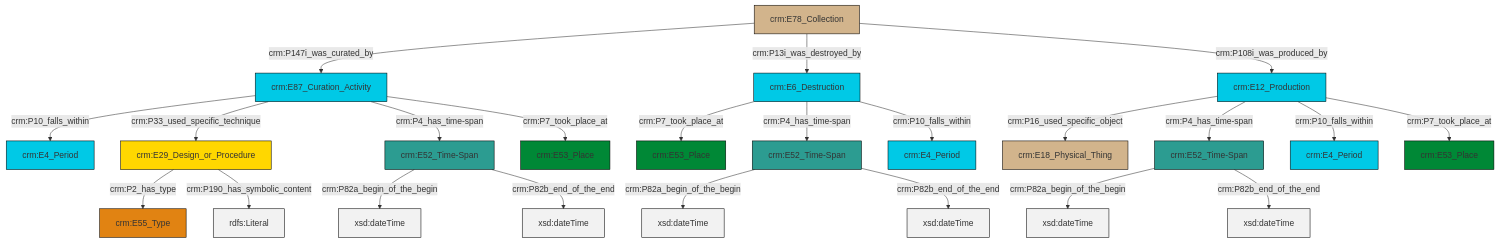
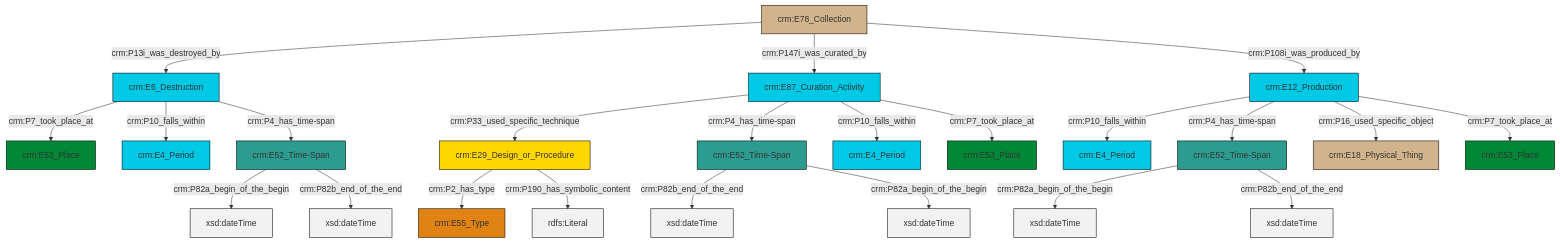
The diagram in et/archivalCSV/ttl/mmd/archival_existence.ttl.mmd (swiss-art-research-net/docs.swissartresearch), drawn with Mermaid before and after one commit. The commit also changed 178 other files, not shown here.

```diff
--- a/et/archivalCSV/ttl/mmd/archival_existence.ttl.mmd
+++ b/et/archivalCSV/ttl/mmd/archival_existence.ttl.mmd
@@ -1,37 +1,37 @@
 graph TD
 classDef Literal fill:#f2f2f2,stroke:#000000;
 classDef CRM_Entity fill:#FFFFFF,stroke:#000000;
 classDef Temporal_Entity fill:#00C9E6, stroke:#000000;
 classDef Type fill:#E18312, stroke:#000000;
 classDef Time-Span fill:#2C9C91, stroke:#000000;
 classDef Appellation fill:#FFEB7F, stroke:#000000;
 classDef Place fill:#008836, stroke:#000000;
 classDef Persistent_Item fill:#B266B2, stroke:#000000;
 classDef Conceptual_Object fill:#FFD700, stroke:#000000;
 classDef Physical_Thing fill:#D2B48C, stroke:#000000;
 classDef Actor fill:#f58aad, stroke:#000000;
 classDef PC_Classes fill:#4ce600, stroke:#000000;
 classDef Multi fill:#cccccc,stroke:#000000;
 
-2["crm:E6_Destruction"]:::Temporal_Entity -->|crm:P7_took_place_at| 3["crm:E53_Place"]:::Place
-8["crm:E87_Curation_Activity"]:::Temporal_Entity -->|crm:P10_falls_within| 9["crm:E4_Period"]:::Temporal_Entity
-6["crm:E52_Time-Span"]:::Time-Span -->|crm:P82a_begin_of_the_begin| 10[xsd:dateTime]:::Literal
-11["crm:E78_Collection"]:::Physical_Thing -->|crm:P147i_was_curated_by| 8["crm:E87_Curation_Activity"]:::Temporal_Entity
-12["crm:E12_Production"]:::Temporal_Entity -->|crm:P16_used_specific_object| 13["crm:E18_Physical_Thing"]:::Physical_Thing
-8["crm:E87_Curation_Activity"]:::Temporal_Entity -->|crm:P33_used_specific_technique| 16["crm:E29_Design_or_Procedure"]:::Conceptual_Object
-12["crm:E12_Production"]:::Temporal_Entity -->|crm:P4_has_time-span| 17["crm:E52_Time-Span"]:::Time-Span
-8["crm:E87_Curation_Activity"]:::Temporal_Entity -->|crm:P4_has_time-span| 6["crm:E52_Time-Span"]:::Time-Span
-21["crm:E52_Time-Span"]:::Time-Span -->|crm:P82a_begin_of_the_begin| 22[xsd:dateTime]:::Literal
-16["crm:E29_Design_or_Procedure"]:::Conceptual_Object -->|crm:P2_has_type| 26["crm:E55_Type"]:::Type
-21["crm:E52_Time-Span"]:::Time-Span -->|crm:P82b_end_of_the_end| 27[xsd:dateTime]:::Literal
-17["crm:E52_Time-Span"]:::Time-Span -->|crm:P82a_begin_of_the_begin| 30[xsd:dateTime]:::Literal
-6["crm:E52_Time-Span"]:::Time-Span -->|crm:P82b_end_of_the_end| 32[xsd:dateTime]:::Literal
-17["crm:E52_Time-Span"]:::Time-Span -->|crm:P82b_end_of_the_end| 33[xsd:dateTime]:::Literal
-8["crm:E87_Curation_Activity"]:::Temporal_Entity -->|crm:P7_took_place_at| 0["crm:E53_Place"]:::Place
-12["crm:E12_Production"]:::Temporal_Entity -->|crm:P10_falls_within| 4["crm:E4_Period"]:::Temporal_Entity
-12["crm:E12_Production"]:::Temporal_Entity -->|crm:P7_took_place_at| 19["crm:E53_Place"]:::Place
-2["crm:E6_Destruction"]:::Temporal_Entity -->|crm:P4_has_time-span| 21["crm:E52_Time-Span"]:::Time-Span
-11["crm:E78_Collection"]:::Physical_Thing -->|crm:P13i_was_destroyed_by| 2["crm:E6_Destruction"]:::Temporal_Entity
-2["crm:E6_Destruction"]:::Temporal_Entity -->|crm:P10_falls_within| 36["crm:E4_Period"]:::Temporal_Entity
-11["crm:E78_Collection"]:::Physical_Thing -->|crm:P108i_was_produced_by| 12["crm:E12_Production"]:::Temporal_Entity
-16["crm:E29_Design_or_Procedure"]:::Conceptual_Object -->|crm:P190_has_symbolic_content| 38[rdfs:Literal]:::Literal
+2["crm:E12_Production"]:::Temporal_Entity -->|crm:P10_falls_within| 3["crm:E4_Period"]:::Temporal_Entity
+4["crm:E52_Time-Span"]:::Time-Span -->|crm:P82a_begin_of_the_begin| 5[xsd:dateTime]:::Literal
+2["crm:E12_Production"]:::Temporal_Entity -->|crm:P4_has_time-span| 4["crm:E52_Time-Span"]:::Time-Span
+2["crm:E12_Production"]:::Temporal_Entity -->|crm:P16_used_specific_object| 6["crm:E18_Physical_Thing"]:::Physical_Thing
+9["crm:E6_Destruction"]:::Temporal_Entity -->|crm:P7_took_place_at| 7["crm:E53_Place"]:::Place
+10["crm:E52_Time-Span"]:::Time-Span -->|crm:P82b_end_of_the_end| 11[xsd:dateTime]:::Literal
+9["crm:E6_Destruction"]:::Temporal_Entity -->|crm:P10_falls_within| 14["crm:E4_Period"]:::Temporal_Entity
+9["crm:E6_Destruction"]:::Temporal_Entity -->|crm:P4_has_time-span| 15["crm:E52_Time-Span"]:::Time-Span
+16["crm:E87_Curation_Activity"]:::Temporal_Entity -->|crm:P33_used_specific_technique| 17["crm:E29_Design_or_Procedure"]:::Conceptual_Object
+20["crm:E78_Collection"]:::Physical_Thing -->|crm:P13i_was_destroyed_by| 9["crm:E6_Destruction"]:::Temporal_Entity
+10["crm:E52_Time-Span"]:::Time-Span -->|crm:P82a_begin_of_the_begin| 24[xsd:dateTime]:::Literal
+2["crm:E12_Production"]:::Temporal_Entity -->|crm:P7_took_place_at| 25["crm:E53_Place"]:::Place
+20["crm:E78_Collection"]:::Physical_Thing -->|crm:P147i_was_curated_by| 16["crm:E87_Curation_Activity"]:::Temporal_Entity
+16["crm:E87_Curation_Activity"]:::Temporal_Entity -->|crm:P4_has_time-span| 10["crm:E52_Time-Span"]:::Time-Span
+15["crm:E52_Time-Span"]:::Time-Span -->|crm:P82a_begin_of_the_begin| 29[xsd:dateTime]:::Literal
+16["crm:E87_Curation_Activity"]:::Temporal_Entity -->|crm:P10_falls_within| 0["crm:E4_Period"]:::Temporal_Entity
+4["crm:E52_Time-Span"]:::Time-Span -->|crm:P82b_end_of_the_end| 30[xsd:dateTime]:::Literal
+16["crm:E87_Curation_Activity"]:::Temporal_Entity -->|crm:P7_took_place_at| 12["crm:E53_Place"]:::Place
+17["crm:E29_Design_or_Procedure"]:::Conceptual_Object -->|crm:P2_has_type| 18["crm:E55_Type"]:::Type
+20["crm:E78_Collection"]:::Physical_Thing -->|crm:P108i_was_produced_by| 2["crm:E12_Production"]:::Temporal_Entity
+15["crm:E52_Time-Span"]:::Time-Span -->|crm:P82b_end_of_the_end| 36[xsd:dateTime]:::Literal
+17["crm:E29_Design_or_Procedure"]:::Conceptual_Object -->|crm:P190_has_symbolic_content| 37[rdfs:Literal]:::Literal
```
